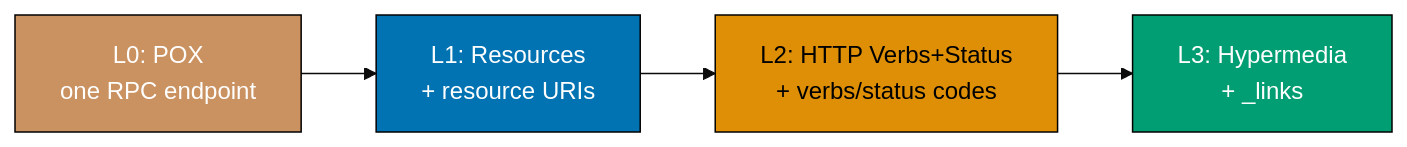
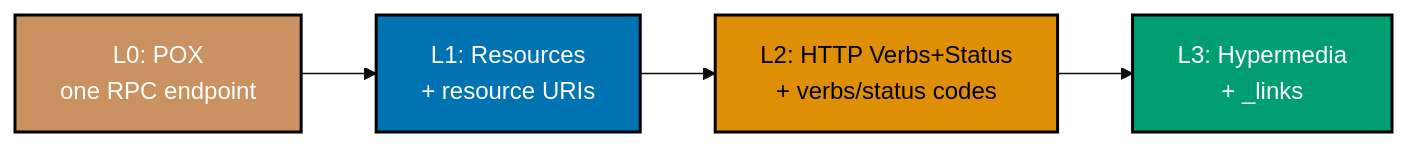
The second of 7 diagrams in apps/ayokoding-www/content/en/learn/courses/api-design/learning/beginner.md (wahidyankf/open-sharia-fintech), drawn with Mermaid (base theme) before and after one commit. The commit also changed other lines of this file and 6 other files, not shown here.

````diff
--- a/apps/ayokoding-www/content/en/learn/courses/api-design/learning/beginner.md
+++ b/apps/ayokoding-www/content/en/learn/courses/api-design/learning/beginner.md
@@ -580,12 +582,16 @@
 ```mermaid
 %% Color Palette: Blue #0173B2, Orange #DE8F05, Teal #029E73, Brown #CA9161
 graph LR
     L0["L0: POX<br/>one RPC endpoint"] --> L1["L1: Resources<br/>+ resource URIs"]
     L1 --> L2["L2: HTTP Verbs+Status<br/>+ verbs/status codes"]
     L2 --> L3["L3: Hypermedia<br/>+ _links"]
 
-    style L0 fill:#CA9161,stroke:#000,color:#fff
-    style L1 fill:#0173B2,stroke:#000,color:#fff
-    style L2 fill:#DE8F05,stroke:#000,color:#000
-    style L3 fill:#029E73,stroke:#000,color:#fff
+    classDef brown fill:#CA9161,stroke:#000000,color:#FFFFFF,stroke-width:2px
+    classDef blue fill:#0173B2,stroke:#000000,color:#FFFFFF,stroke-width:2px
+    classDef orange fill:#DE8F05,stroke:#000000,color:#000000,stroke-width:2px
+    classDef teal fill:#029E73,stroke:#000000,color:#FFFFFF,stroke-width:2px
+    class L0 brown
+    class L1 blue
+    class L2 orange
+    class L3 teal
 ```
````
